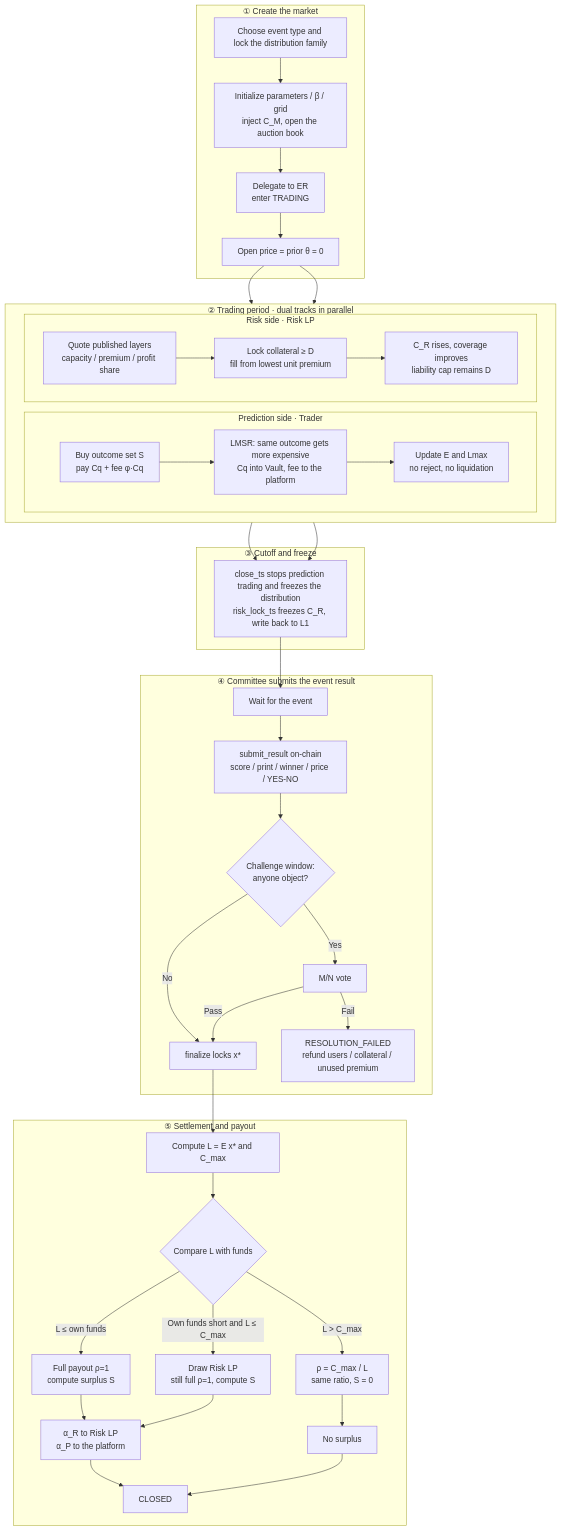
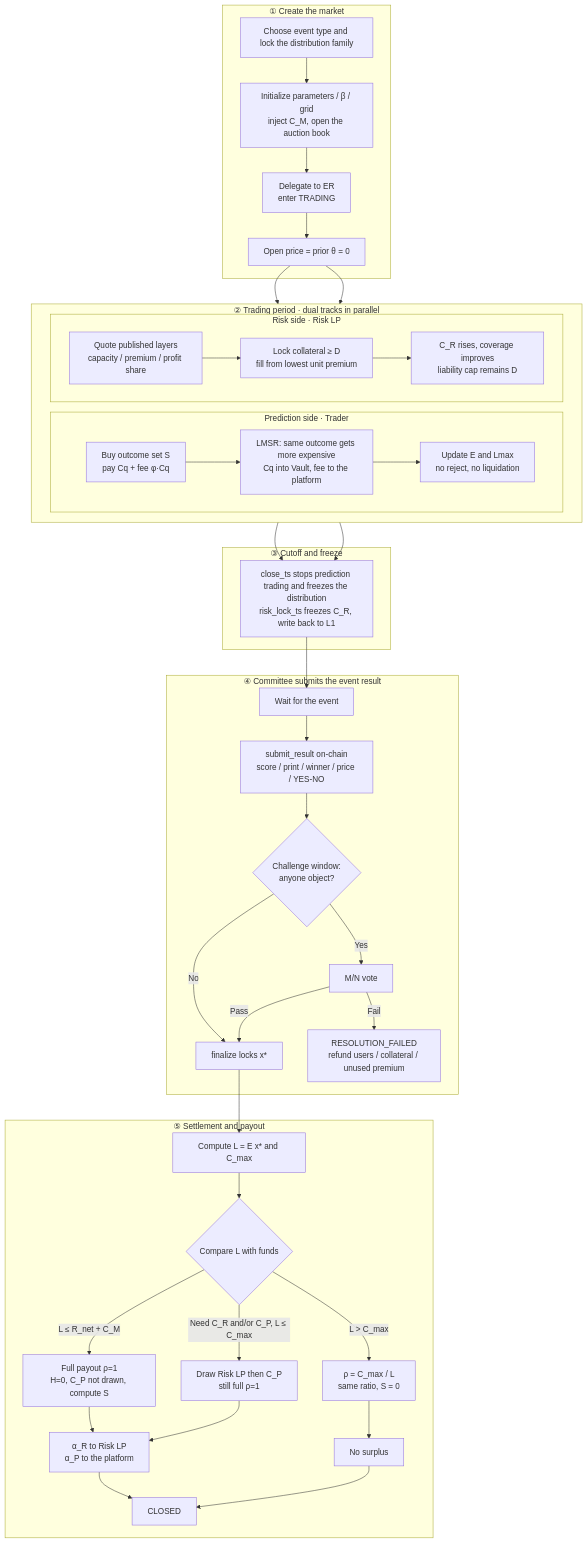
One commit to bamaao/continuous-pdf-prediction-market changed the diagram in docs/product-specification.md. Above: the diagram before and after it, drawn with Mermaid. The commit also changed other lines of this file and 19 other files, not shown here.

````diff
--- a/docs/product-specification.md
+++ b/docs/product-specification.md
@@ -133,55 +133,55 @@
 ```mermaid
 flowchart TB
   subgraph P1["① Create the market"]
     A1[Choose event type and lock the distribution family] --> A2[Initialize parameters / β / grid<br/>inject C_M, open the auction book]
     A2 --> A3[Delegate to ER<br/>enter TRADING]
     A3 --> A4[Open price = prior θ = 0]
   end
 
   subgraph P2["② Trading period · dual tracks in parallel"]
     direction LR
     subgraph T["Prediction side · Trader"]
       T1[Buy outcome set S<br/>pay Cq + fee φ·Cq] --> T2[LMSR: same outcome gets more expensive<br/>Cq into Vault, fee to the platform]
       T2 --> T3[Update E and Lmax<br/>no reject, no liquidation]
     end
     subgraph R["Risk side · Risk LP"]
       R1[Quote published layers<br/>capacity / premium / profit share] --> R2[Lock collateral ≥ D<br/>fill from lowest unit premium]
       R2 --> R3[C_R rises, coverage improves<br/>liability cap remains D]
     end
   end
 
   A4 --> T1
   A4 --> R1
 
   subgraph P3["③ Cutoff and freeze"]
     C1[close_ts stops prediction trading and freezes the distribution<br/>risk_lock_ts freezes C_R, write back to L1]
   end
 
   T3 --> C1
   R3 --> C1
 
   subgraph P4["④ Committee submits the event result"]
     D1[Wait for the event] --> D2[submit_result on-chain<br/>score / print / winner / price / YES-NO]
     D2 --> D3{Challenge window:<br/>anyone object?}
     D3 -->|No| D4[finalize locks x*]
     D3 -->|Yes| D5[M/N vote]
     D5 -->|Pass| D4
     D5 -->|Fail| D6[RESOLUTION_FAILED<br/>refund users / collateral / unused premium]
   end
 
   C1 --> D1
 
   subgraph P5["⑤ Settlement and payout"]
     E1[Compute L = E x* and C_max] --> E2{Compare L with funds}
-    E2 -->|L ≤ own funds| E3[Full payout ρ=1<br/>compute surplus S]
-    E2 -->|Own funds short and L ≤ C_max| E4[Draw Risk LP<br/>still full ρ=1, compute S]
+    E2 -->|L ≤ R_net + C_M| E3[Full payout ρ=1<br/>H=0, C_P not drawn, compute S]
+    E2 -->|Need C_R and/or C_P, L ≤ C_max| E4[Draw Risk LP then C_P<br/>still full ρ=1]
     E2 -->|L > C_max| E5[ρ = C_max / L<br/>same ratio, S = 0]
     E3 --> E6[α_R to Risk LP<br/>α_P to the platform]
     E4 --> E6
     E5 --> E7[No surplus]
     E6 --> E8[CLOSED]
     E7 --> E8
   end
 
   D4 --> E1
 ```
````
